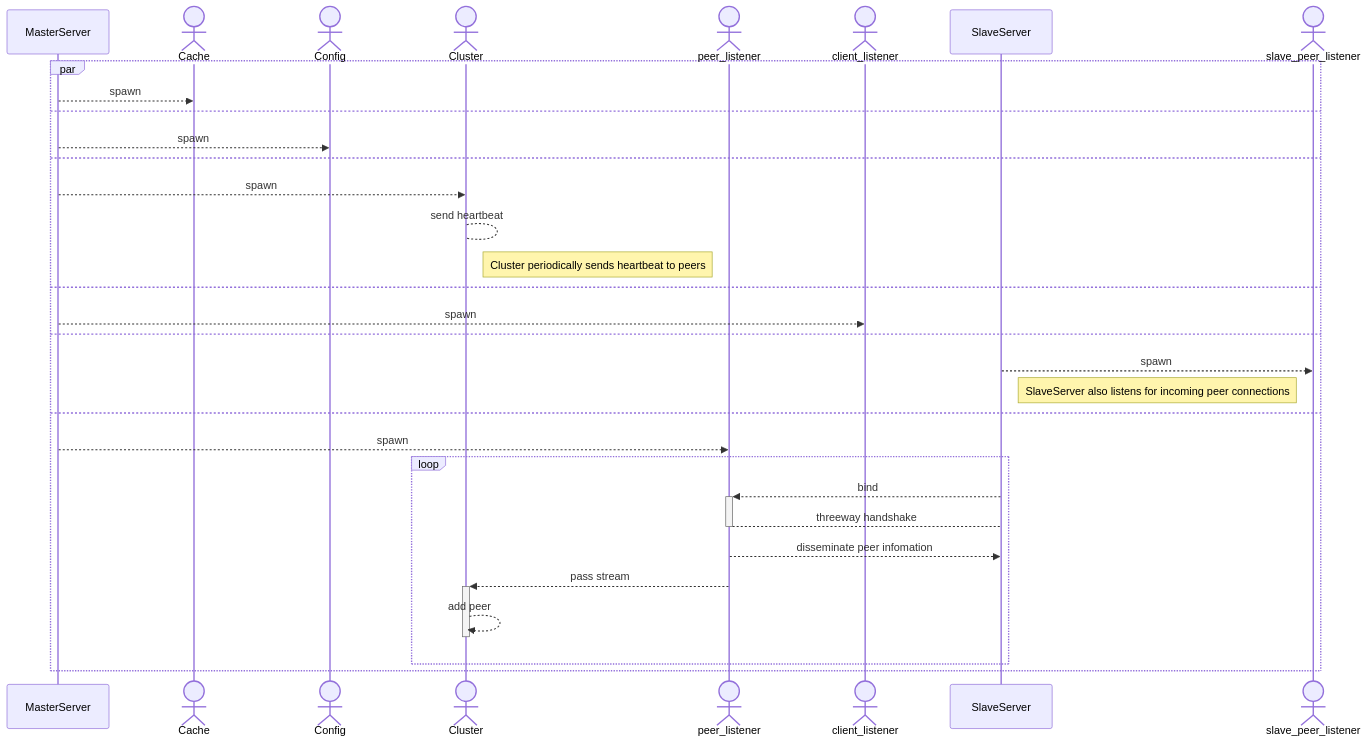
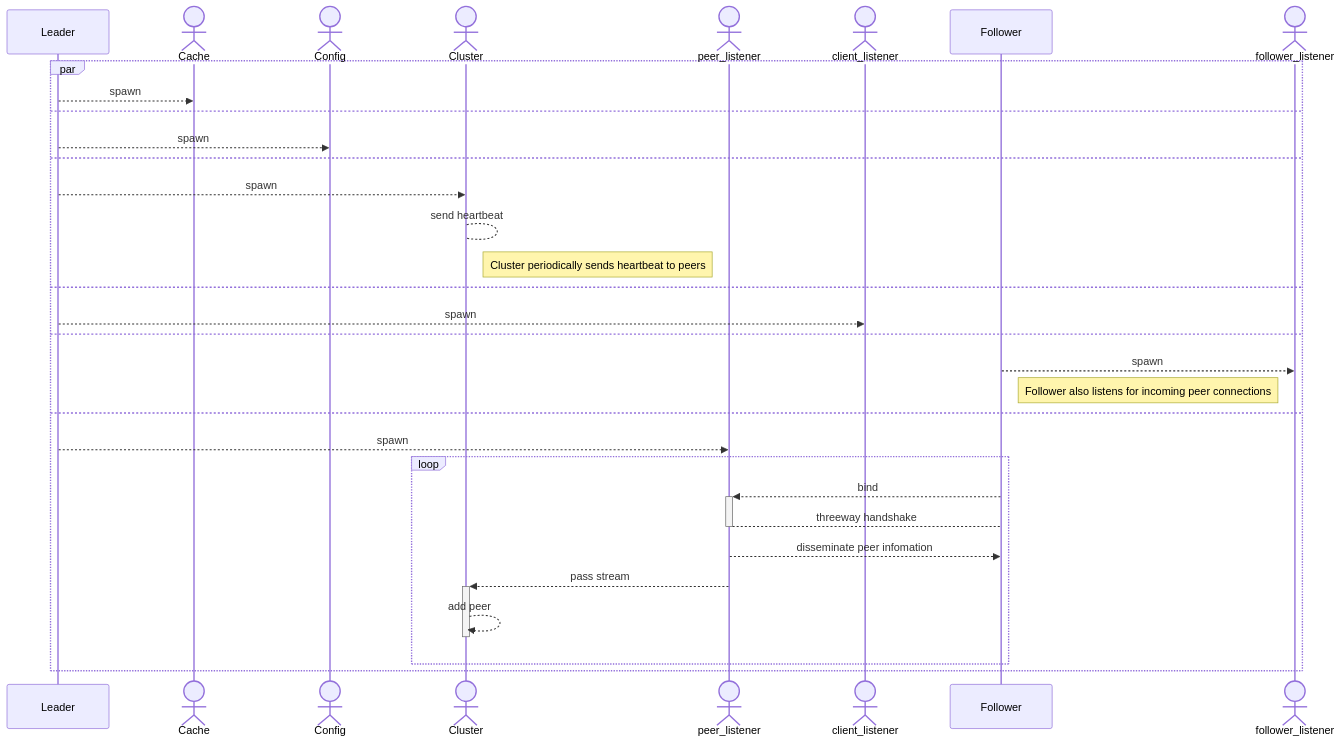
One commit to Migorithm/duva changed the second of 2 diagrams in README.md. Above: the diagram before and after it, drawn with Mermaid. The commit also changed 23 other files, not shown here.

Commit message:
refactor: rename master/slave -> leader/follower

````diff
--- a/README.md
+++ b/README.md
@@ -85,43 +85,41 @@
 ```mermaid
 
 sequenceDiagram
-    participant s as MasterServer
-    
-    
+    participant s as Leader    
     actor Cache
     actor Config
     actor Cluster
     actor peer_listener
     
     actor client_listener
-    participant SlaveServer
-    actor slave_peer_listener
+    participant Follower
+    actor follower_listener
 
     par 
         s-->>Cache: spawn
     and 
         s-->>Config: spawn
     and 
         s-->>Cluster: spawn
         Cluster --> Cluster : send heartbeat
         Note right of Cluster : Cluster periodically sends heartbeat to peers 
     and
         s -->>client_listener:spawn
         
     and 
-        SlaveServer -->> slave_peer_listener: spawn 
-        Note right of SlaveServer : SlaveServer also listens for incoming peer connections
+        Follower -->> follower_listener: spawn 
+        Note right of Follower : Follower also listens for incoming peer connections
     and 
         s-->>peer_listener: spawn
         loop 
-            SlaveServer -->>+ peer_listener: bind 
-            peer_listener -->- SlaveServer: threeway handshake
-            peer_listener -->> SlaveServer : disseminate peer infomation
+            Follower -->>+ peer_listener: bind 
+            peer_listener -->- Follower: threeway handshake
+            peer_listener -->> Follower : disseminate peer infomation
             peer_listener -->>+ Cluster : pass stream
             Cluster -->>- Cluster : add peer
         end
         
   
     end
 
 ```
````
